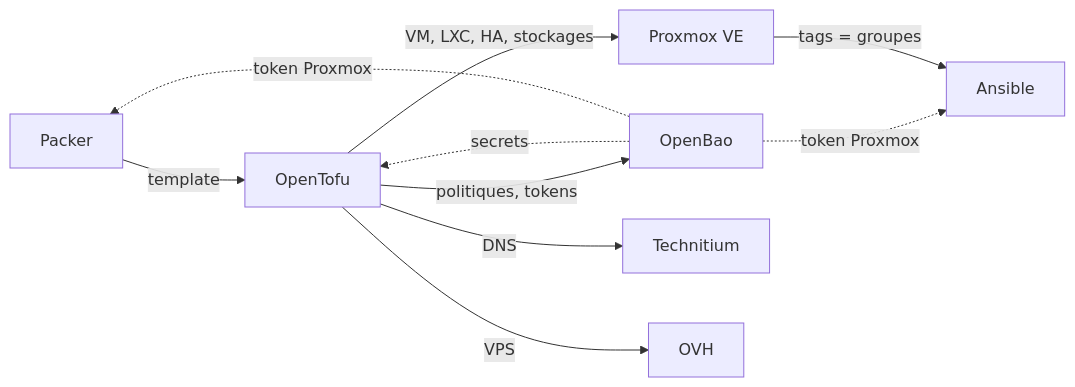
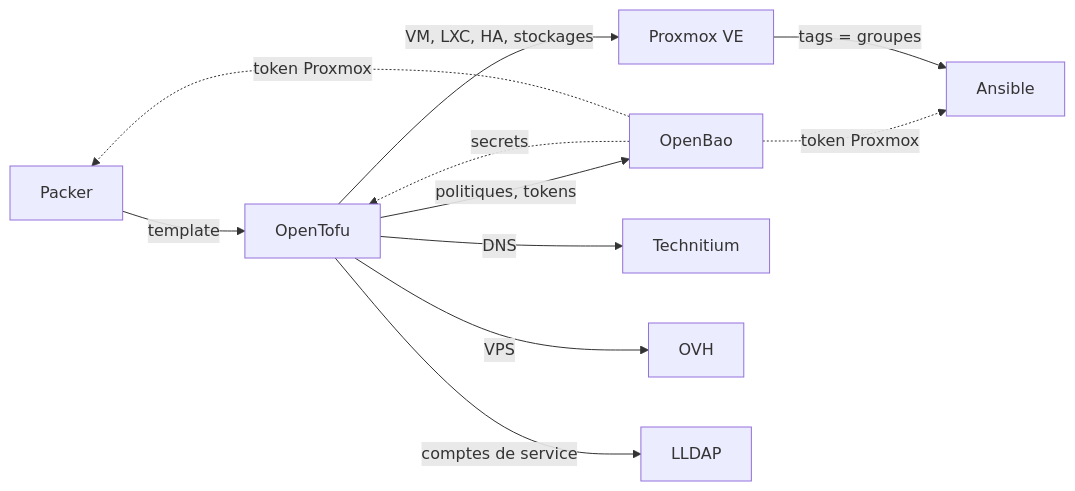
Before and after one commit to atilili-homelab/opentofu: the diagram in README.md, drawn with Mermaid. The commit also changed other lines of this file and 4 other files, not shown here.

````diff
--- a/README.md
+++ b/README.md
@@ -26,12 +27,13 @@
 ```mermaid
 flowchart LR
     packer[Packer] -->|template| tofu[OpenTofu]
     bao[OpenBao] -.->|secrets| tofu
     tofu -->|politiques, tokens| bao
     bao -.->|token Proxmox| packer
     bao -.->|token Proxmox| ansible
     tofu -->|VM, LXC, HA, stockages| pve[Proxmox VE]
     tofu -->|DNS| dns[Technitium]
     tofu -->|VPS| ovh[OVH]
+    tofu -->|comptes de service| lldap[LLDAP]
     pve -->|tags = groupes| ansible[Ansible]
 ```
````
